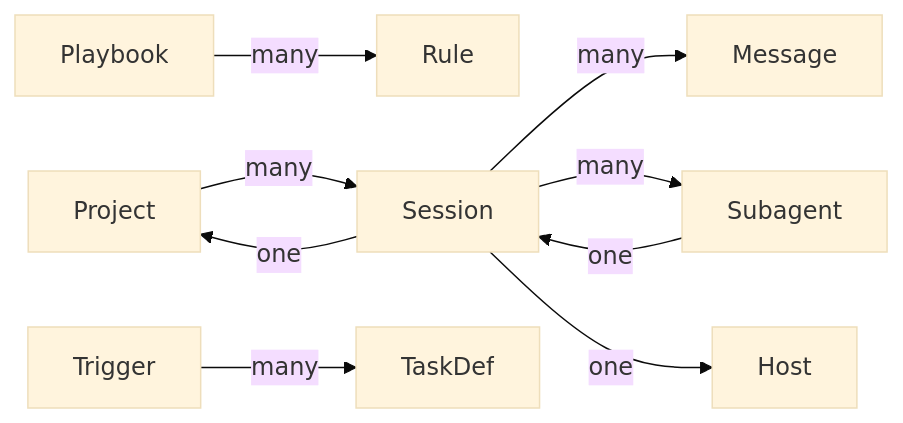
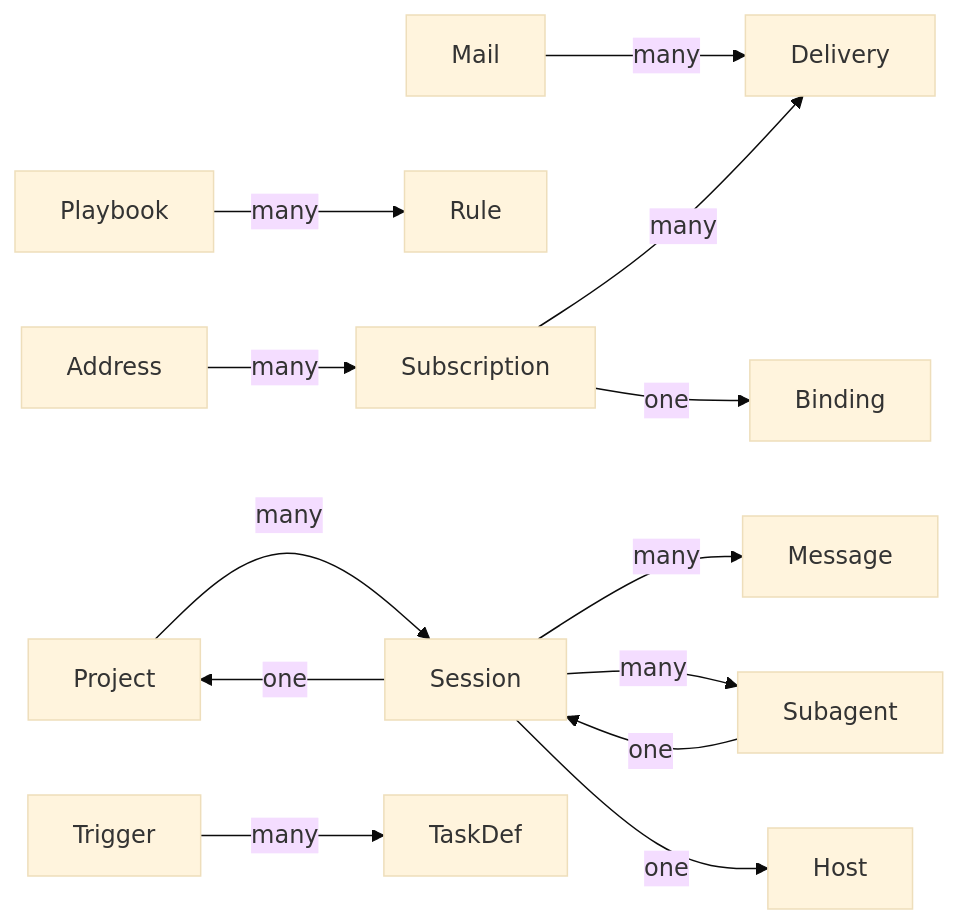
Before and after one commit to mistakenot/auto-stack: the diagram in docs/concepts/UBIQUITOUS_LANGUAGE.md, drawn with Mermaid (base theme). The commit also changed other lines of this file and 54 other files, not shown here.

````diff
--- a/docs/concepts/UBIQUITOUS_LANGUAGE.md
+++ b/docs/concepts/UBIQUITOUS_LANGUAGE.md
@@ -15,20 +15,29 @@
 ```mermaid
 flowchart LR
+    Address["Address"]
+    Binding["Binding"]
+    Delivery["Delivery"]
     Host["Host"]
+    Mail["Mail"]
     Message["Message"]
     Playbook["Playbook"]
     Project["Project"]
     Rule["Rule"]
     Session["Session"]
     Subagent["Subagent"]
+    Subscription["Subscription"]
     TaskDef["TaskDef"]
     Trigger["Trigger"]
     Session -->|many| Message
     Session -->|many| Subagent
     Session -->|one| Host
     Session -->|one| Project
     Subagent -->|one| Session
     Project -->|many| Session
     Playbook -->|many| Rule
     Trigger -->|many| TaskDef
+    Mail -->|many| Delivery
+    Address -->|many| Subscription
+    Subscription -->|many| Delivery
+    Subscription -->|one| Binding
 ```
````
